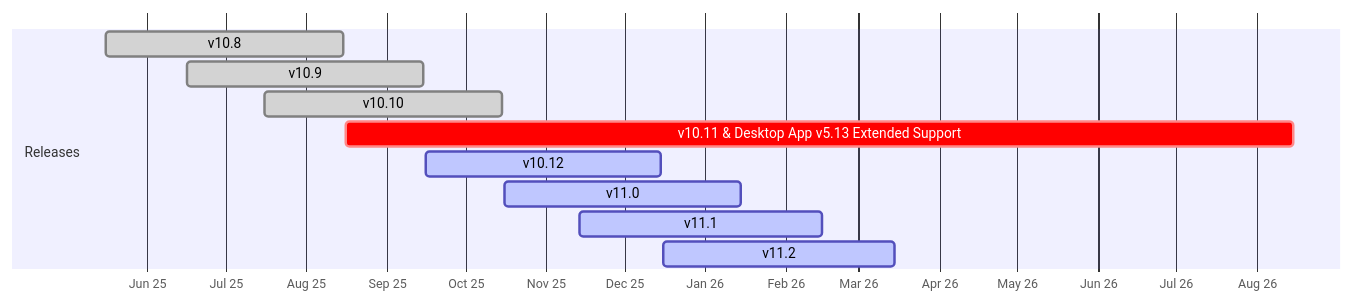
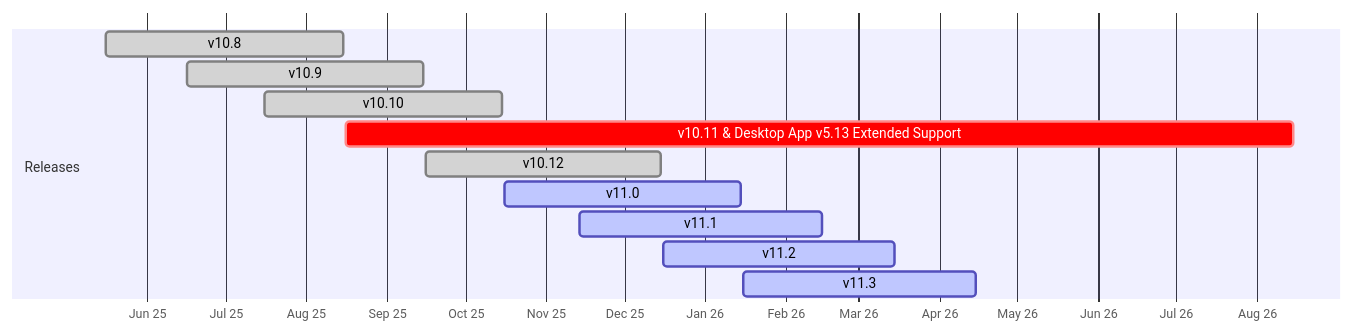
One commit to mattermost/docs changed the diagram in source/product-overview/release-policy.md. Above: the diagram before and after it, drawn with Mermaid.

````diff
--- a/source/product-overview/release-policy.md
+++ b/source/product-overview/release-policy.md
@@ -44,16 +44,17 @@
 ```{mermaid}
 
 gantt
     dateFormat  YYYY-MM-DD
     axisFormat  %b %y
 
     section Releases
     v10.8                  :done, 2025-05-16, 2025-08-15
     v10.9                  :done, 2025-06-16, 2025-09-15
     v10.10                 :done, 2025-07-16, 2025-10-15
     v10.11 & Desktop App v5.13 Extended Support :crit,    2025-08-16, 2026-08-15
-    v10.12                 :active, 2025-09-16, 2025-12-15
+    v10.12                 :done, 2025-09-16, 2025-12-15
     v11.0                  :active, 2025-10-16, 2026-01-15
     v11.1                  :active, 2025-11-14, 2026-02-15
     v11.2                  :active, 2025-12-16, 2026-03-15
+    v11.3                  :active, 2026-01-16, 2026-04-15
 ```
````
